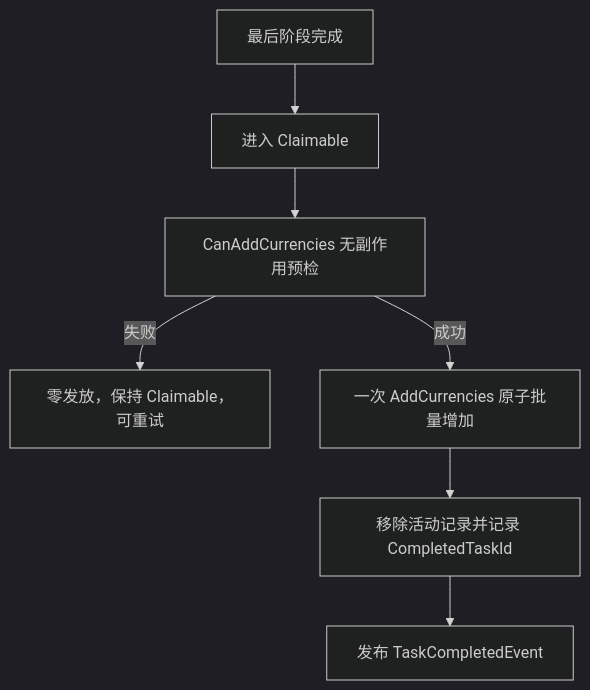
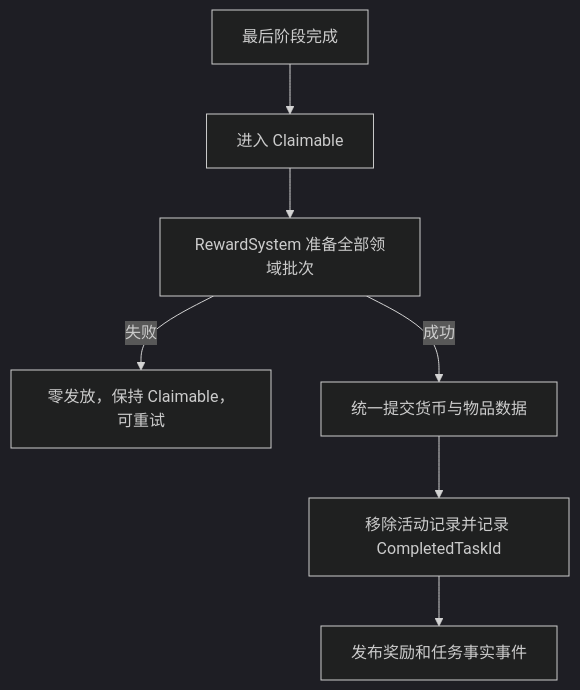
One commit to Whitesheeeep/3DRPG changed the fourth of 7 diagrams in Assets/Scripts/TaskSystem/TaskSystem_Requirements.md. Above: the diagram before and after it, drawn with Mermaid (dark theme). The commit also changed other lines of this file and 112 other files, not shown here.

````diff
--- a/Assets/Scripts/TaskSystem/TaskSystem_Requirements.md
+++ b/Assets/Scripts/TaskSystem/TaskSystem_Requirements.md
@@ -291,9 +296,9 @@
 ```mermaid
 flowchart TD
     CompleteStage[最后阶段完成] --> Claimable[进入 Claimable]
-    Claimable --> Preflight[CanAddCurrencies 无副作用预检]
+    Claimable --> Preflight[RewardSystem 准备全部领域批次]
     Preflight -->|失败| Keep[零发放，保持 Claimable，可重试]
-    Preflight -->|成功| Grant[一次 AddCurrencies 原子批量增加]
+    Preflight -->|成功| Grant[统一提交货币与物品数据]
     Grant --> Finish[移除活动记录并记录 CompletedTaskId]
-    Finish --> Event[发布 TaskCompletedEvent]
+    Finish --> Event[发布奖励和任务事实事件]
 ```
````
